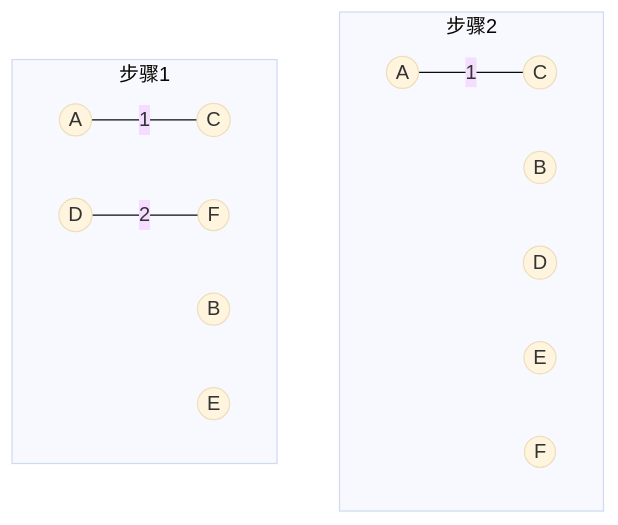
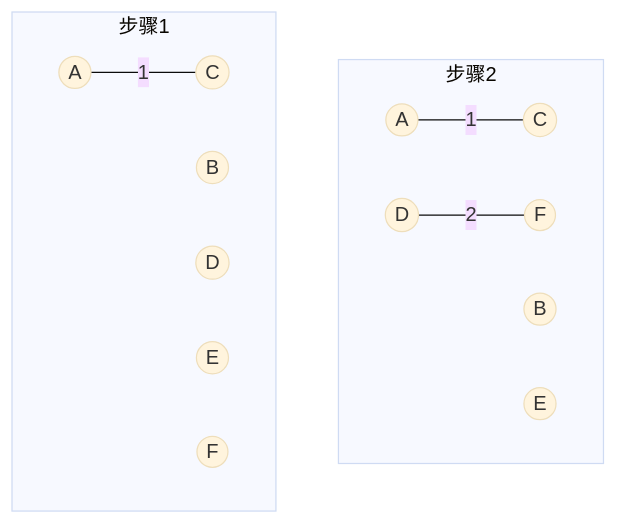
The ninth of 14 diagrams in 6.md (H00001/ds), drawn with Mermaid (base theme) before and after one commit. The commit also changed other lines of this file and 20 other files, not shown here.

````diff
--- a/6.md
+++ b/6.md
@@ -597,23 +595,25 @@
 ```mermaid
 graph TB
-subgraph 步骤2
-	A((A))
-	B((B))
-	C((C))
-	A--1---C
-	D((D))
-	E((E))
-	F((F))
-end
-subgraph 步骤1 
+
+subgraph 步骤2 
 	A1((A))
 	B1((B))
 	C1((C))
 	A1--1---C1
 	D1--2---F1
 	D1((D))
 	E1((E))
 	F1((F))
 end
+subgraph 步骤1
+	A((A))
+	B((B))
+	C((C))
+	A--1---C
+	D((D))
+	E((E))
+	F((F))
+end
+
 
 ```
````
